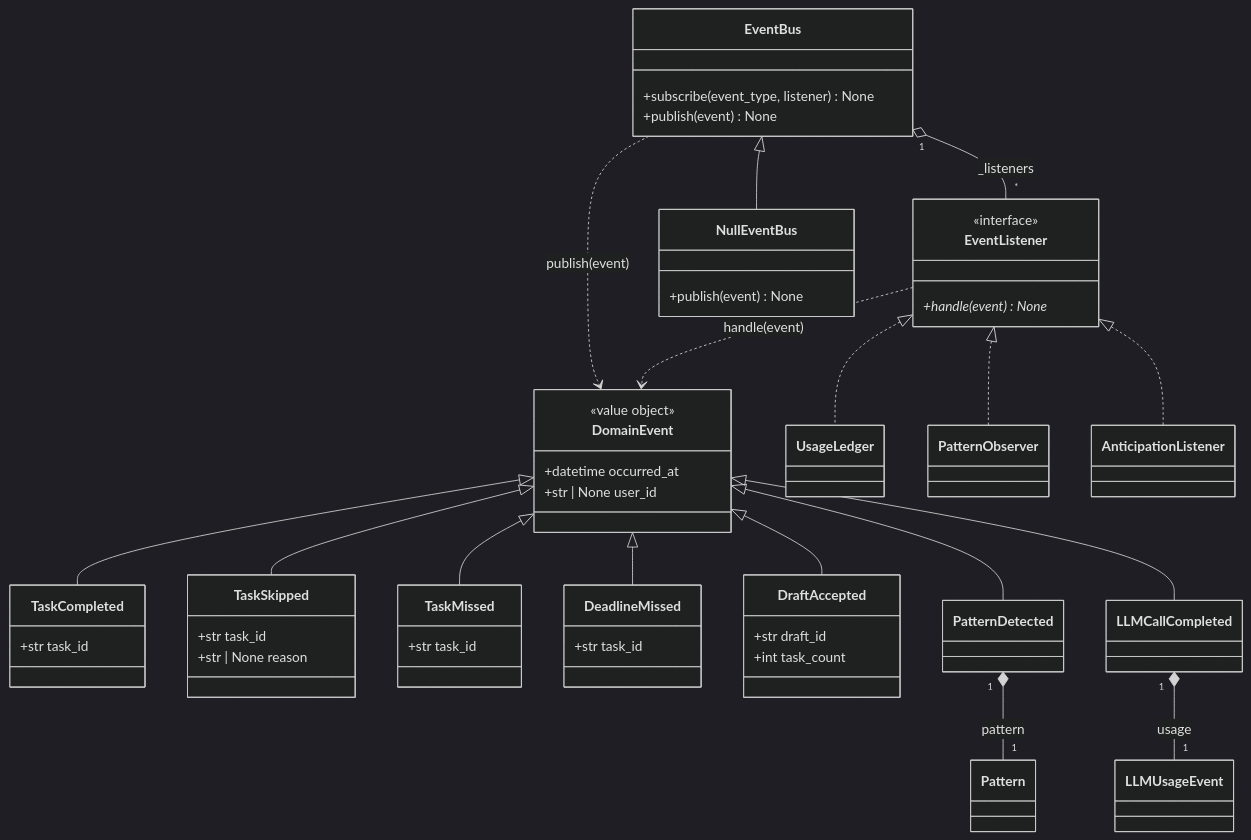
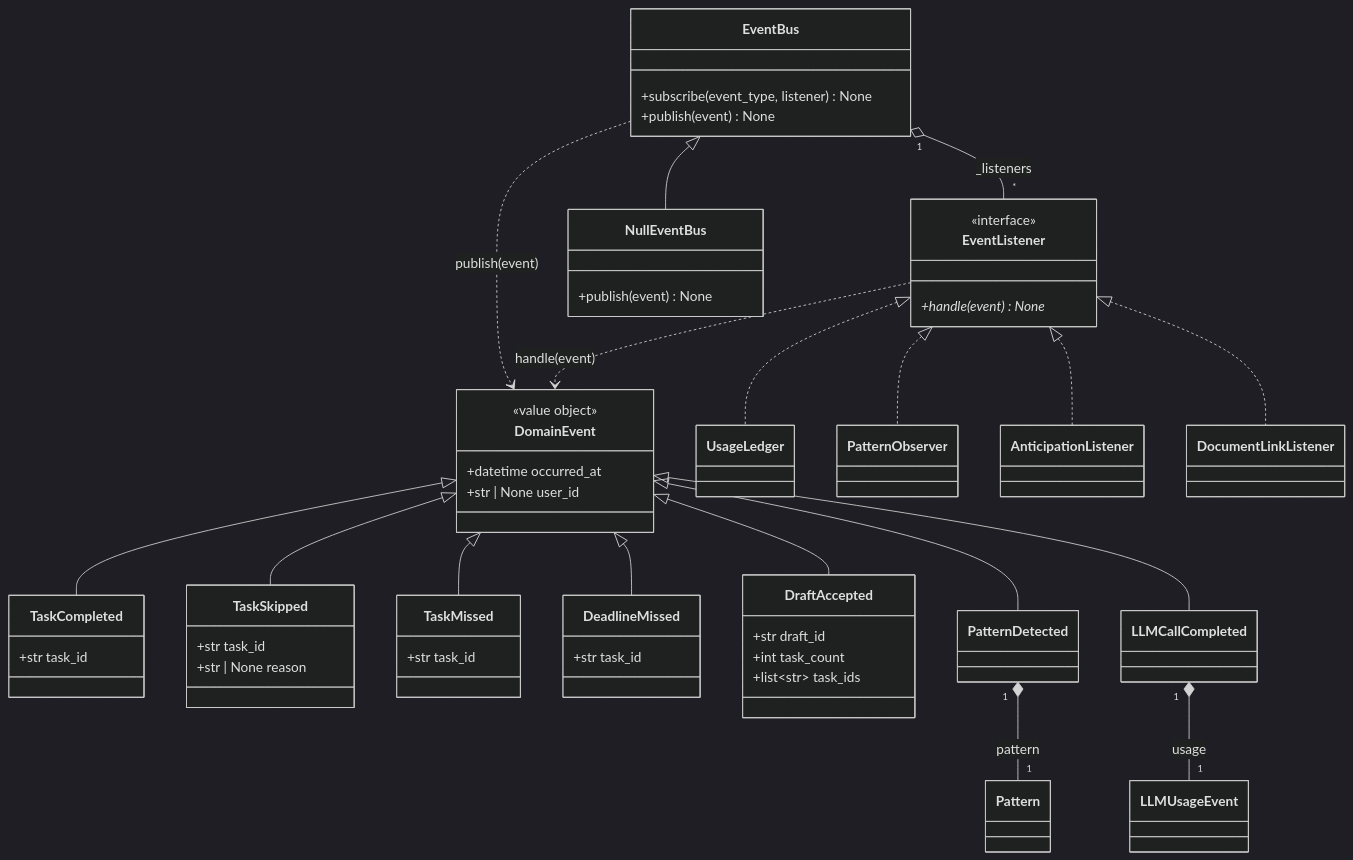
The fourth of 16 diagrams in docs/capstone/03-class-diagrams.md (HackHeroic/Jarvis-Engine), drawn with Mermaid (dark theme) before and after one commit. The commit also changed other lines of this file and 13 other files, not shown here.

````diff
--- a/docs/capstone/03-class-diagrams.md
+++ b/docs/capstone/03-class-diagrams.md
@@ -529,61 +537,64 @@
 ```mermaid
 classDiagram
     direction TB
     class DomainEvent {
         <<value object>>
         +datetime occurred_at
         +str | None user_id
     }
     class TaskCompleted {
         +str task_id
     }
     class TaskSkipped {
         +str task_id
         +str | None reason
     }
     class TaskMissed {
         +str task_id
     }
     class DeadlineMissed {
         +str task_id
     }
     class DraftAccepted {
         +str draft_id
         +int task_count
+        +list~str~ task_ids
     }
     class PatternDetected
     class LLMCallCompleted
     class Pattern
     class LLMUsageEvent
     class EventListener {
         <<interface>>
         +handle(event) None*
     }
     class EventBus {
         +subscribe(event_type, listener) None
         +publish(event) None
     }
     class NullEventBus {
         +publish(event) None
     }
     class UsageLedger
     class PatternObserver
     class AnticipationListener
+    class DocumentLinkListener
 
     DomainEvent <|-- TaskCompleted
     DomainEvent <|-- TaskSkipped
     DomainEvent <|-- TaskMissed
     DomainEvent <|-- DeadlineMissed
     DomainEvent <|-- DraftAccepted
     DomainEvent <|-- PatternDetected
     DomainEvent <|-- LLMCallCompleted
     PatternDetected "1" *-- "1" Pattern : pattern
     LLMCallCompleted "1" *-- "1" LLMUsageEvent : usage
     EventBus "1" o-- "*" EventListener : _listeners
     EventBus <|-- NullEventBus
     EventBus ..> DomainEvent : publish(event)
     EventListener ..> DomainEvent : handle(event)
     EventListener <|.. UsageLedger
     EventListener <|.. PatternObserver
     EventListener <|.. AnticipationListener
+    EventListener <|.. DocumentLinkListener
 ```
````
